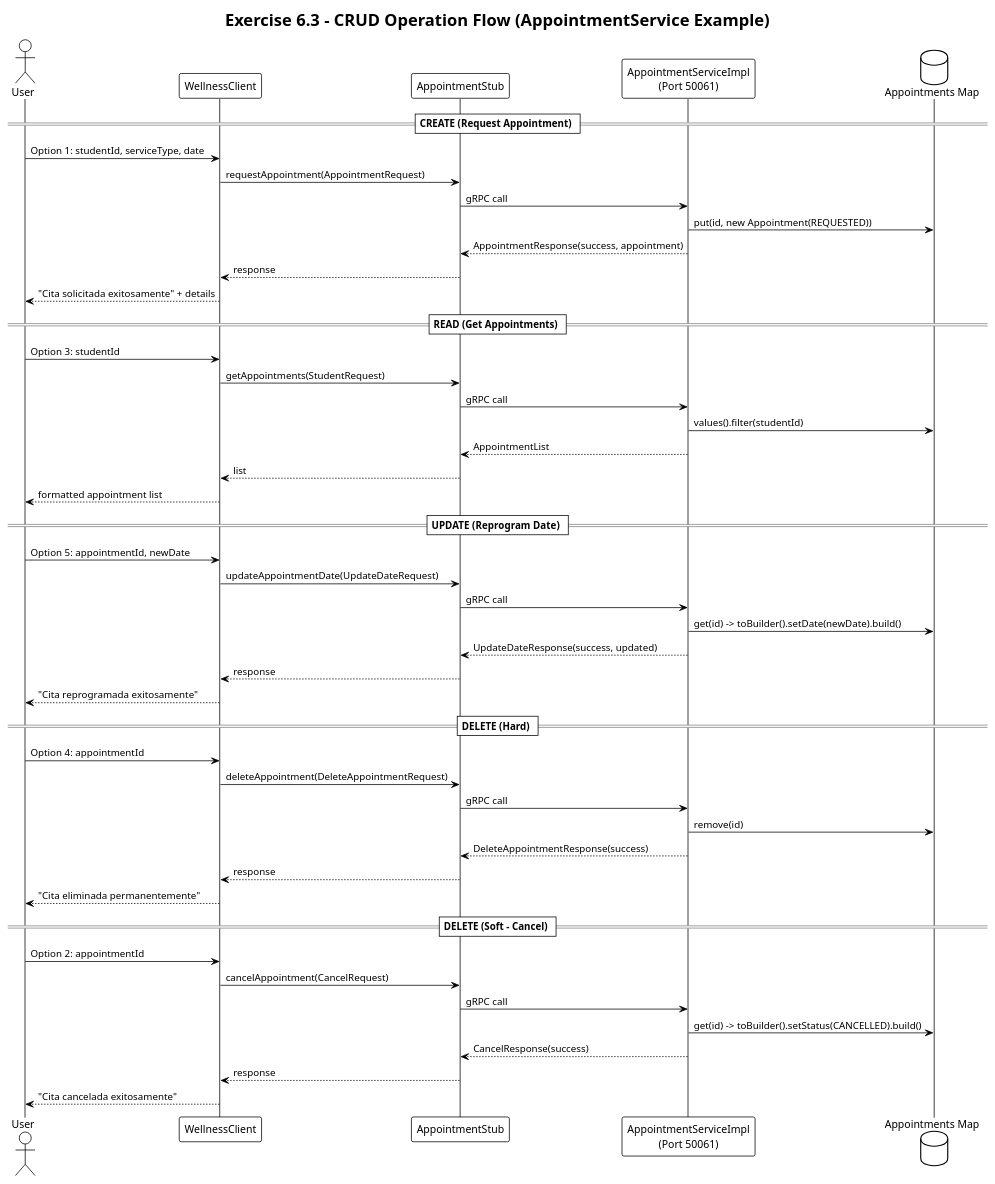
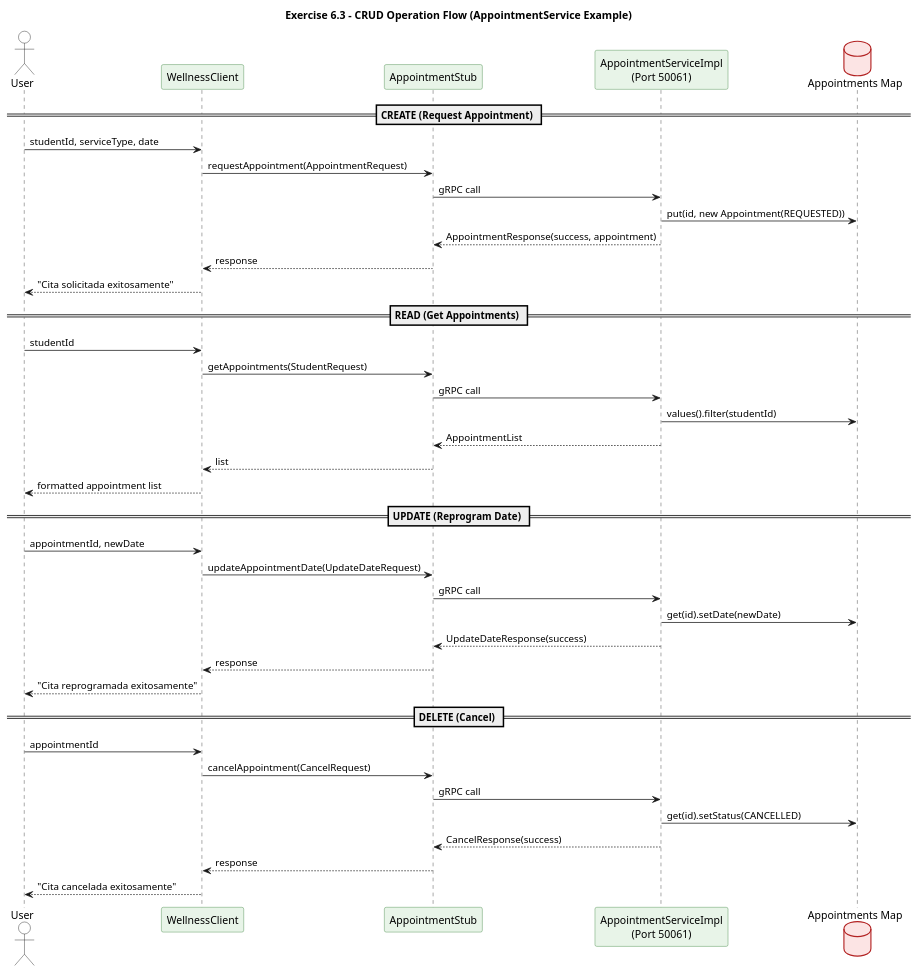
One commit to Juank-1030/Lab03-Arquitecturas-ARSW changed the diagram in docs/diagrams/exercise6_3_crud_flow.puml. Above: the diagram before and after it, drawn with PlantUML. The commit also changed 175 other files, not shown here.

Commit message:
implementacion final, diagramas, contexto de los diagramas, correcciones minimas en codigos, version 1.4

```diff
--- a/docs/diagrams/exercise6_3_crud_flow.puml
+++ b/docs/diagrams/exercise6_3_crud_flow.puml
@@ -1,57 +1,61 @@
 @startuml
-!theme plain
+title Exercise 6.3 - CRUD Operation Flow (AppointmentService Example)
 
-title Exercise 6.3 - CRUD Operation Flow (AppointmentService Example)
+skinparam actor {
+    BackgroundColor #FFFFFF
+    BorderColor #000000
+}
+
+skinparam participant {
+    BackgroundColor #E8F4E8
+    BorderColor #2E7D32
+}
+
+skinparam database {
+    BackgroundColor #FCE4E4
+    BorderColor #B22222
+}
 
 actor "User" as USER
 participant "WellnessClient" as CLIENT
 participant "AppointmentStub" as STUB
 participant "AppointmentServiceImpl\n(Port 50061)" as SERVER
 database "Appointments Map" as DB
 
 == CREATE (Request Appointment) ==
-USER -> CLIENT : Option 1: studentId, serviceType, date
+USER -> CLIENT : studentId, serviceType, date
 CLIENT -> STUB : requestAppointment(AppointmentRequest)
 STUB -> SERVER : gRPC call
 SERVER -> DB : put(id, new Appointment(REQUESTED))
 SERVER --> STUB : AppointmentResponse(success, appointment)
 STUB --> CLIENT : response
-CLIENT --> USER : "Cita solicitada exitosamente" + details
+CLIENT --> USER : "Cita solicitada exitosamente"
 
 == READ (Get Appointments) ==
-USER -> CLIENT : Option 3: studentId
+USER -> CLIENT : studentId
 CLIENT -> STUB : getAppointments(StudentRequest)
 STUB -> SERVER : gRPC call
 SERVER -> DB : values().filter(studentId)
 SERVER --> STUB : AppointmentList
 STUB --> CLIENT : list
 CLIENT --> USER : formatted appointment list
 
 == UPDATE (Reprogram Date) ==
-USER -> CLIENT : Option 5: appointmentId, newDate
+USER -> CLIENT : appointmentId, newDate
 CLIENT -> STUB : updateAppointmentDate(UpdateDateRequest)
 STUB -> SERVER : gRPC call
-SERVER -> DB : get(id) -> toBuilder().setDate(newDate).build()
-SERVER --> STUB : UpdateDateResponse(success, updated)
+SERVER -> DB : get(id).setDate(newDate)
+SERVER --> STUB : UpdateDateResponse(success)
 STUB --> CLIENT : response
 CLIENT --> USER : "Cita reprogramada exitosamente"
 
-== DELETE (Hard) ==
-USER -> CLIENT : Option 4: appointmentId
-CLIENT -> STUB : deleteAppointment(DeleteAppointmentRequest)
-STUB -> SERVER : gRPC call
-SERVER -> DB : remove(id)
-SERVER --> STUB : DeleteAppointmentResponse(success)
-STUB --> CLIENT : response
-CLIENT --> USER : "Cita eliminada permanentemente"
-
-== DELETE (Soft - Cancel) ==
-USER -> CLIENT : Option 2: appointmentId
+== DELETE (Cancel) ==
+USER -> CLIENT : appointmentId
 CLIENT -> STUB : cancelAppointment(CancelRequest)
 STUB -> SERVER : gRPC call
-SERVER -> DB : get(id) -> toBuilder().setStatus(CANCELLED).build()
+SERVER -> DB : get(id).setStatus(CANCELLED)
 SERVER --> STUB : CancelResponse(success)
 STUB --> CLIENT : response
 CLIENT --> USER : "Cita cancelada exitosamente"
 
 @enduml
```
